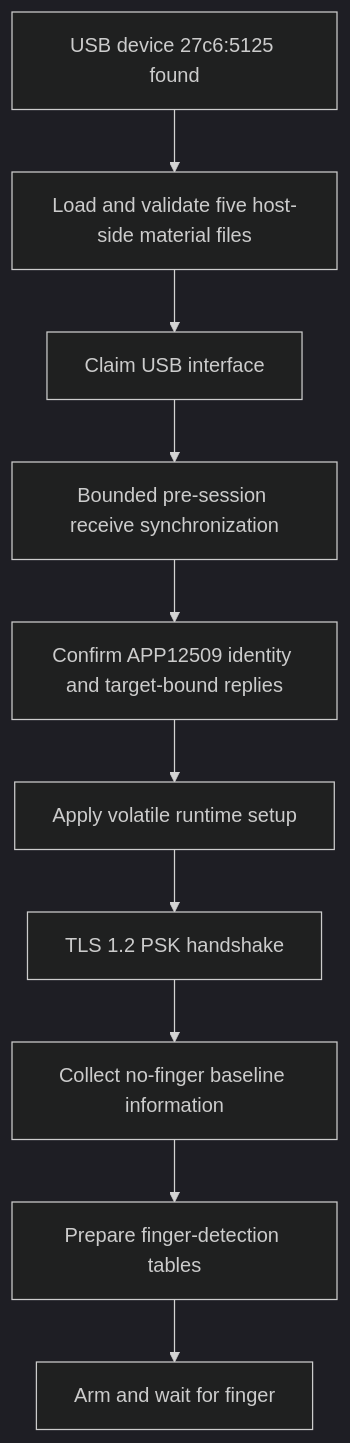
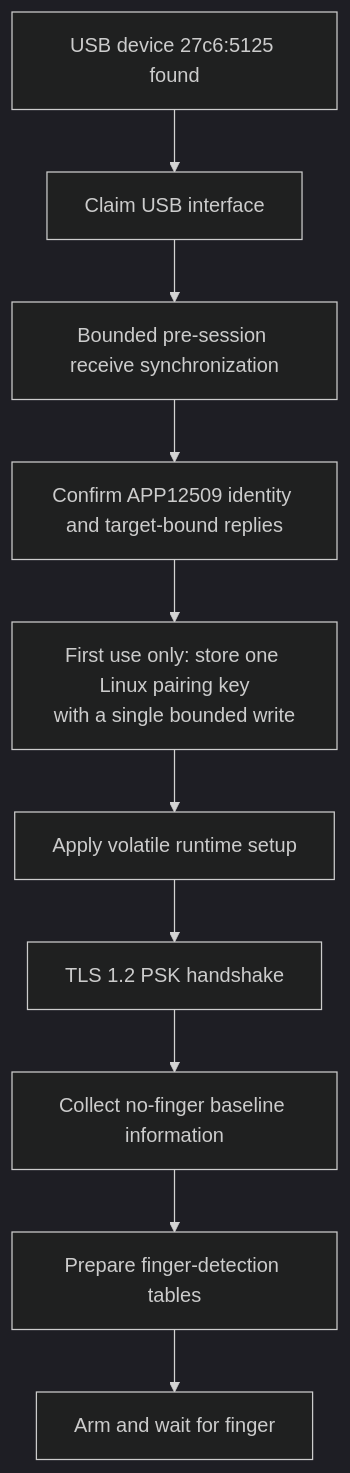
One commit to sorguido/goodix-27c6-5125 changed the diagram in docs/learning/03_preparing_the_sensor.md. Above: the diagram before and after it, drawn with Mermaid (dark theme). The commit also changed other lines of this file and 19 other files, not shown here.

````diff
--- a/docs/learning/03_preparing_the_sensor.md
+++ b/docs/learning/03_preparing_the_sensor.md
@@ -30,12 +32,12 @@
 ```mermaid
 flowchart TD
-    A["USB device 27c6:5125 found"] --> B["Load and validate five host-side material files"]
-    B --> C["Claim USB interface"]
+    A["USB device 27c6:5125 found"] --> C["Claim USB interface"]
     C --> D["Bounded pre-session receive synchronization"]
     D --> E["Confirm APP12509 identity and target-bound replies"]
-    E --> F["Apply volatile runtime setup"]
+    E --> P["First use only: store one Linux pairing key<br/>with a single bounded write"]
+    P --> F["Apply volatile runtime setup"]
     F --> G["TLS 1.2 PSK handshake"]
     G --> H["Collect no-finger baseline information"]
     H --> I["Prepare finger-detection tables"]
     I --> J["Arm and wait for finger"]
 ```
````
